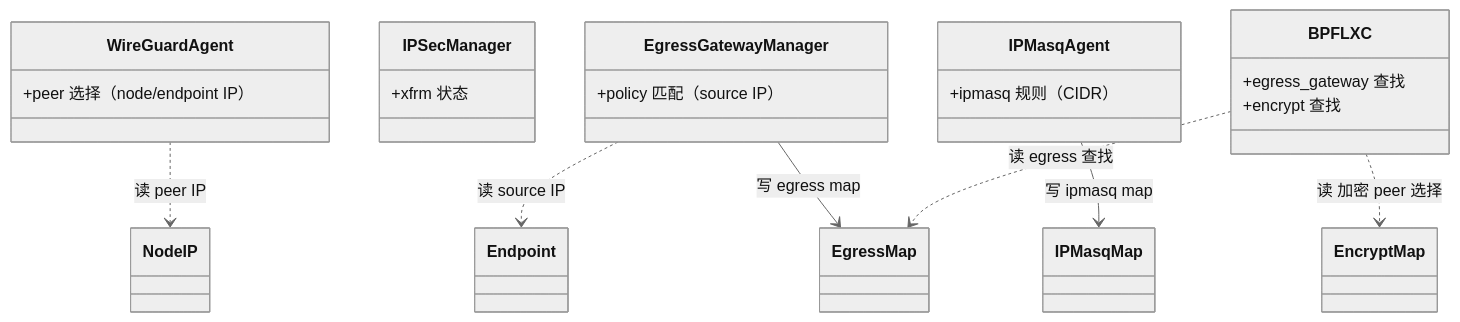
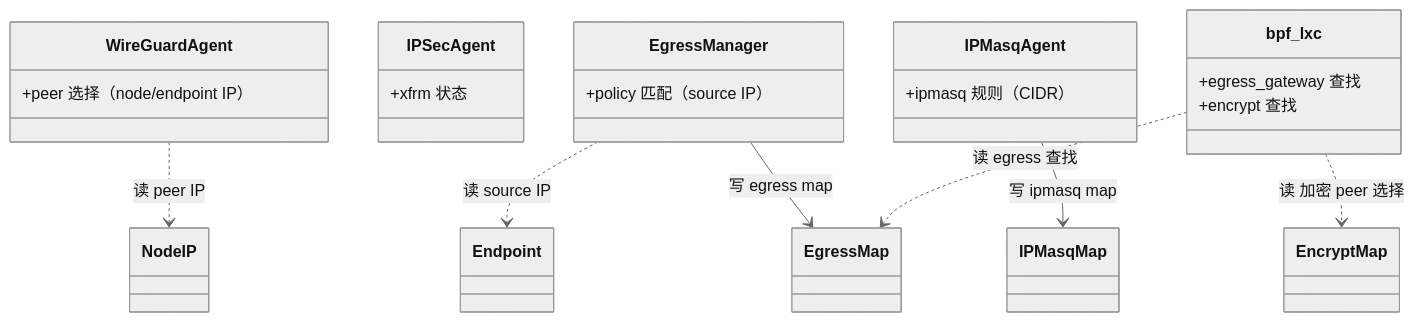
The first of 2 diagrams in docs/planes/08-encryption-egress-masq-plane.md (zbb88888/cilium-map-road), drawn with Mermaid (neutral theme) before and after one commit. The commit also changed other lines of this file and 11 other files, not shown here.

````diff
--- a/docs/planes/08-encryption-egress-masq-plane.md
+++ b/docs/planes/08-encryption-egress-masq-plane.md
@@ -20,26 +20,26 @@
 ```mermaid
 classDiagram
     class WireGuardAgent {
         +peer 选择（node/endpoint IP）
     }
-    class IPSecManager {
+    class IPSecAgent {
         +xfrm 状态
     }
-    class EgressGatewayManager {
+    class EgressManager {
         +policy 匹配（source IP）
     }
     class IPMasqAgent {
         +ipmasq 规则（CIDR）
     }
-    class BPFLXC {
+    class bpf_lxc {
         +egress_gateway 查找
         +encrypt 查找
     }
 
-    EgressGatewayManager ..> Endpoint : 读 source IP
-    EgressGatewayManager --> EgressMap : 写 egress map
+    EgressManager ..> Endpoint : 读 source IP
+    EgressManager --> EgressMap : 写 egress map
     WireGuardAgent ..> NodeIP : 读 peer IP
     IPMasqAgent --> IPMasqMap : 写 ipmasq map
-    BPFLXC ..> EgressMap : 读 egress 查找
-    BPFLXC ..> EncryptMap : 读 加密 peer 选择
+    bpf_lxc ..> EgressMap : 读 egress 查找
+    bpf_lxc ..> EncryptMap : 读 加密 peer 选择
 ```
````
